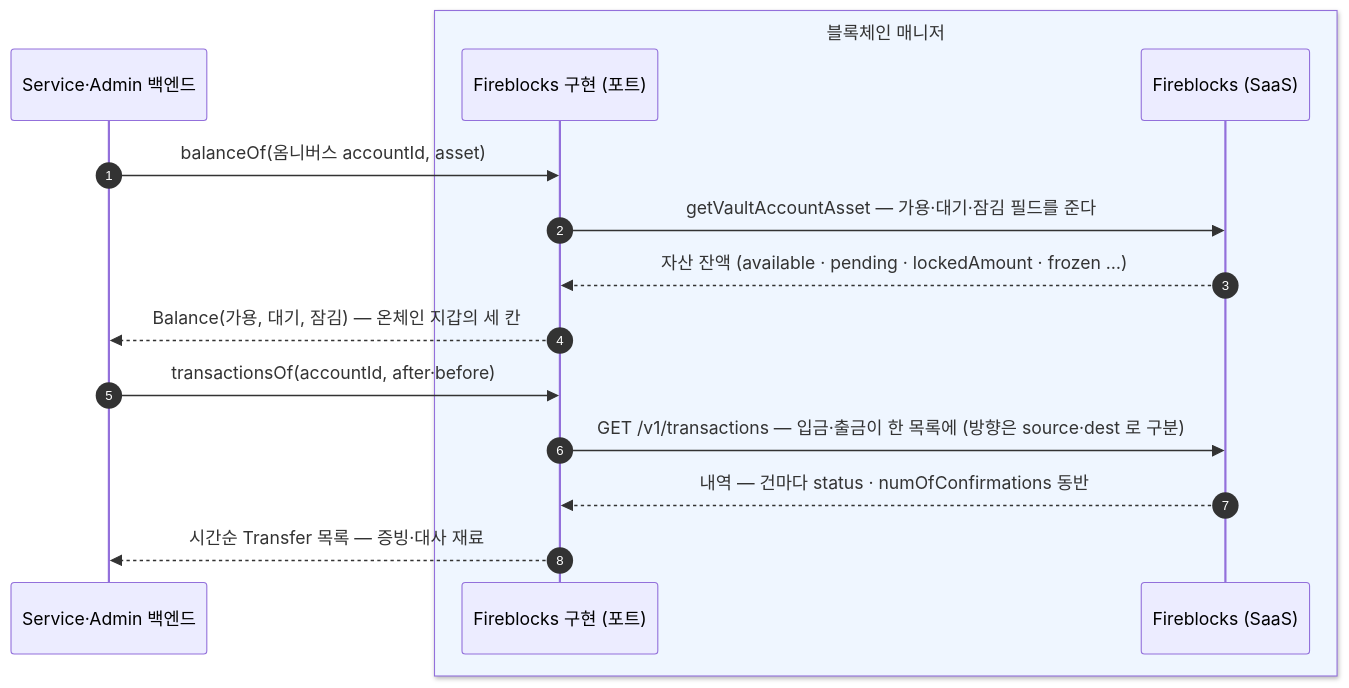
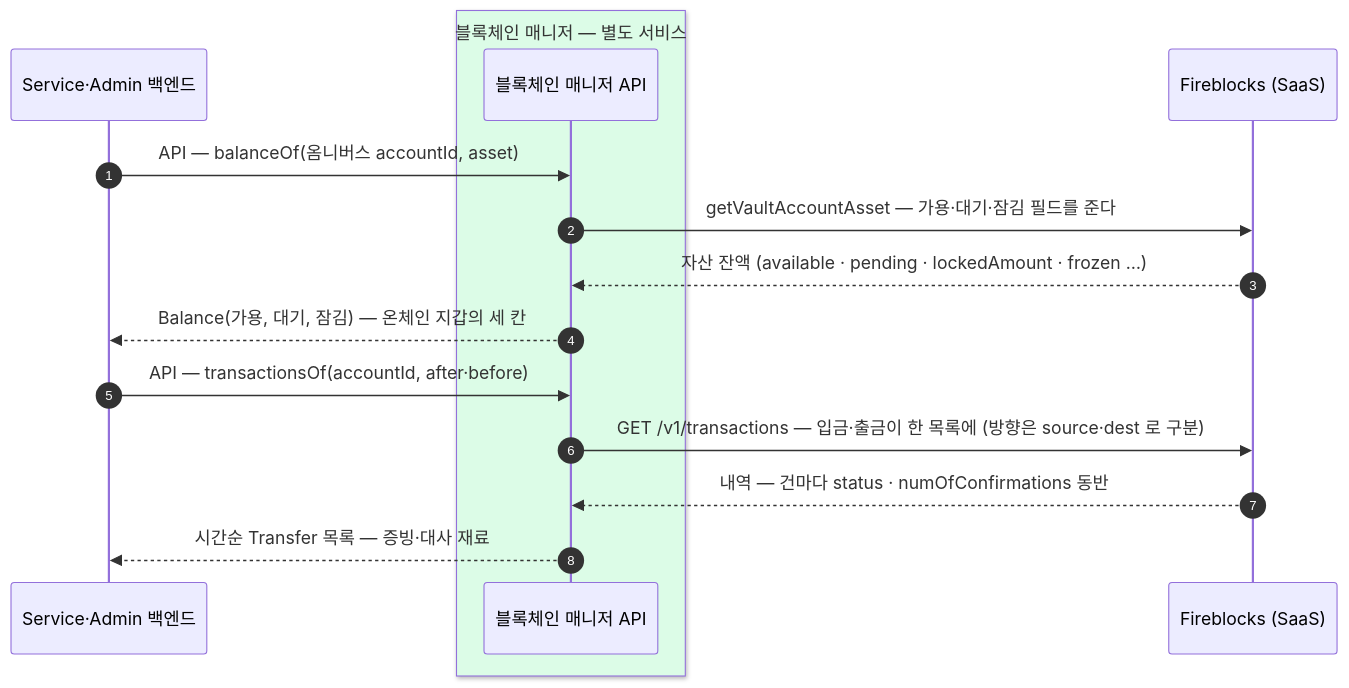
The third of 4 diagrams in blockchain-manager/docs/설계/08-balance-history.md (eunsujeo/eunpus), drawn with Mermaid before and after one commit. The commit also changed other lines of this file and 10 other files, not shown here.

First line of the commit message:
칸반 문서: 아키텍처 경계 전면 전환 — 포트/어댑터 → 매니저 API + 웹소켓

````diff
--- a/blockchain-manager/docs/설계/08-balance-history.md
+++ b/blockchain-manager/docs/설계/08-balance-history.md
@@ -74,19 +75,19 @@
 ```mermaid
 sequenceDiagram
     autonumber
     participant BE as Service·Admin 백엔드
-    box rgb(239,246,255) 블록체인 매니저
-    participant FBI as Fireblocks 구현 (포트)
+    box rgb(220,252,231) 블록체인 매니저 — 별도 서비스
+    participant BM as 블록체인 매니저 API
+    end
     participant FB as Fireblocks (SaaS)
-    end
 
-    BE->>FBI: balanceOf(옴니버스 accountId, asset)
-    FBI->>FB: getVaultAccountAsset — 가용·대기·잠김 필드를 준다
-    FB-->>FBI: 자산 잔액 (available · pending · lockedAmount · frozen …)
-    FBI-->>BE: Balance(가용, 대기, 잠김) — 온체인 지갑의 세 칸
+    BE->>BM: API — balanceOf(옴니버스 accountId, asset)
+    BM->>FB: getVaultAccountAsset — 가용·대기·잠김 필드를 준다
+    FB-->>BM: 자산 잔액 (available · pending · lockedAmount · frozen …)
+    BM-->>BE: Balance(가용, 대기, 잠김) — 온체인 지갑의 세 칸
 
-    BE->>FBI: transactionsOf(accountId, after·before)
-    FBI->>FB: GET /v1/transactions — 입금·출금이 한 목록에 (방향은 source·dest 로 구분)
-    FB-->>FBI: 내역 — 건마다 status · numOfConfirmations 동반
-    FBI-->>BE: 시간순 Transfer 목록 — 증빙·대사 재료
+    BE->>BM: API — transactionsOf(accountId, after·before)
+    BM->>FB: GET /v1/transactions — 입금·출금이 한 목록에 (방향은 source·dest 로 구분)
+    FB-->>BM: 내역 — 건마다 status · numOfConfirmations 동반
+    BM-->>BE: 시간순 Transfer 목록 — 증빙·대사 재료
 ```
````
